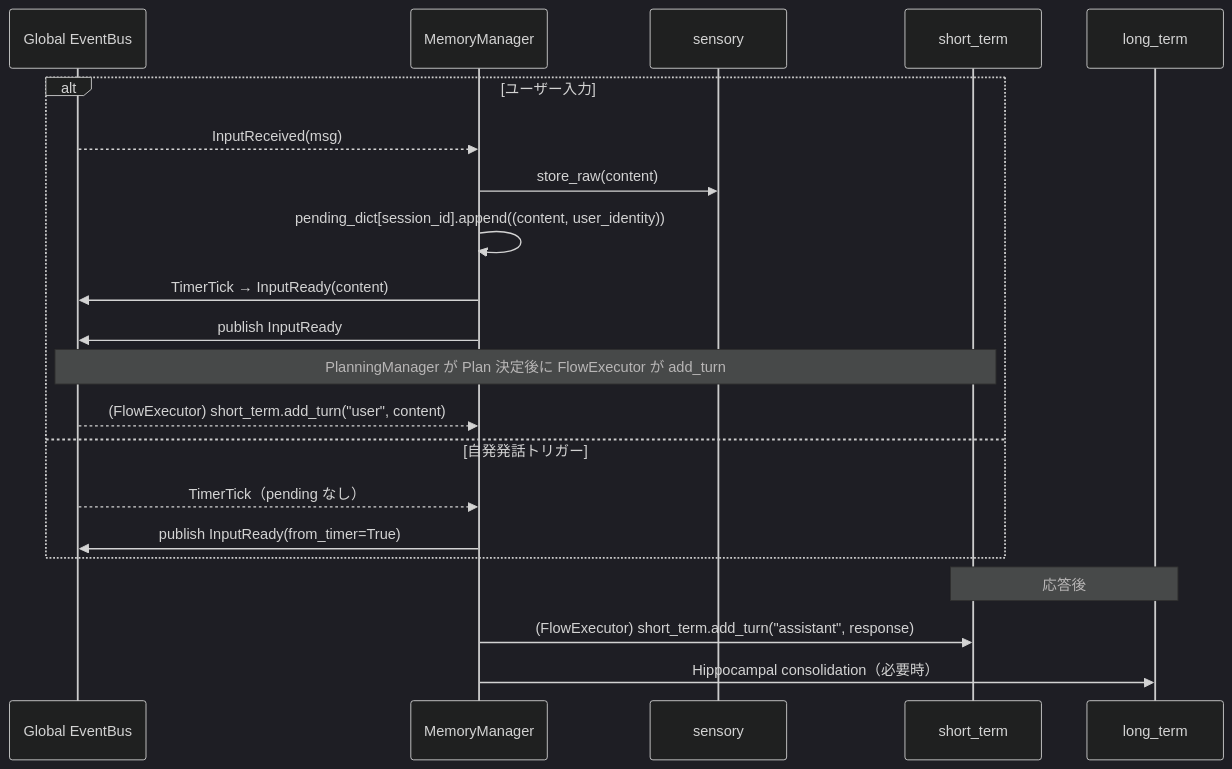
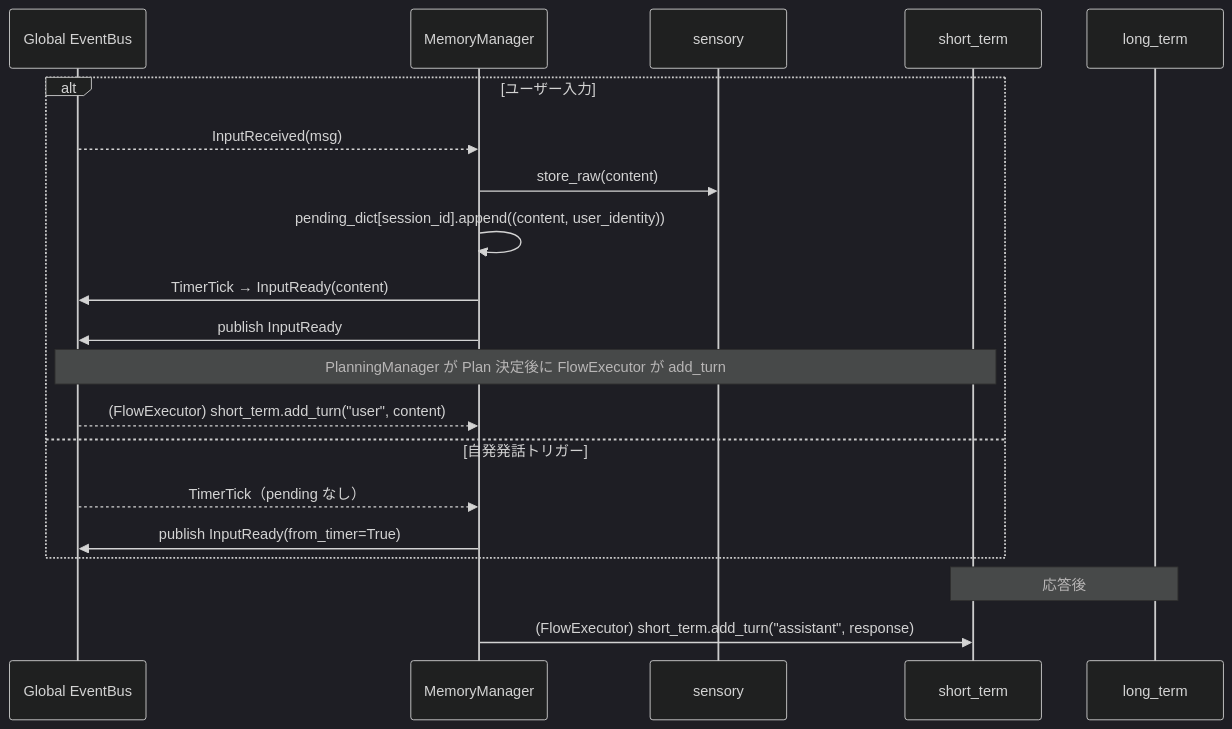
The diagram in docs/memory-layer.md (ibukani/iris-mind), drawn with Mermaid (dark theme) before and after one commit. The commit also changed other lines of this file and 14 other files, not shown here.

````diff
--- a/docs/memory-layer.md
+++ b/docs/memory-layer.md
@@ -222,26 +186,25 @@
 ```mermaid
 sequenceDiagram
     participant EB as Global EventBus
     participant MGR as MemoryManager
     participant SEN as sensory
     participant STM as short_term
     participant LTM as long_term
 
     alt ユーザー入力
         EB-->>MGR: InputReceived(msg)
         MGR->>SEN: store_raw(content)
         MGR->>MGR: pending_dict[session_id].append((content, user_identity))
         MGR->>EB: TimerTick → InputReady(content)
         MGR->>EB: publish InputReady
 
         Note over EB,STM: PlanningManager が Plan 決定後に FlowExecutor が add_turn
         EB-->>MGR: (FlowExecutor) short_term.add_turn("user", content)
     else 自発発話トリガー
         EB-->>MGR: TimerTick（pending なし）
         MGR->>EB: publish InputReady(from_timer=True)
     end
 
     Note over STM,LTM: 応答後
     MGR->>STM: (FlowExecutor) short_term.add_turn("assistant", response)
-    MGR->>LTM: Hippocampal consolidation（必要時）
 ```
````
